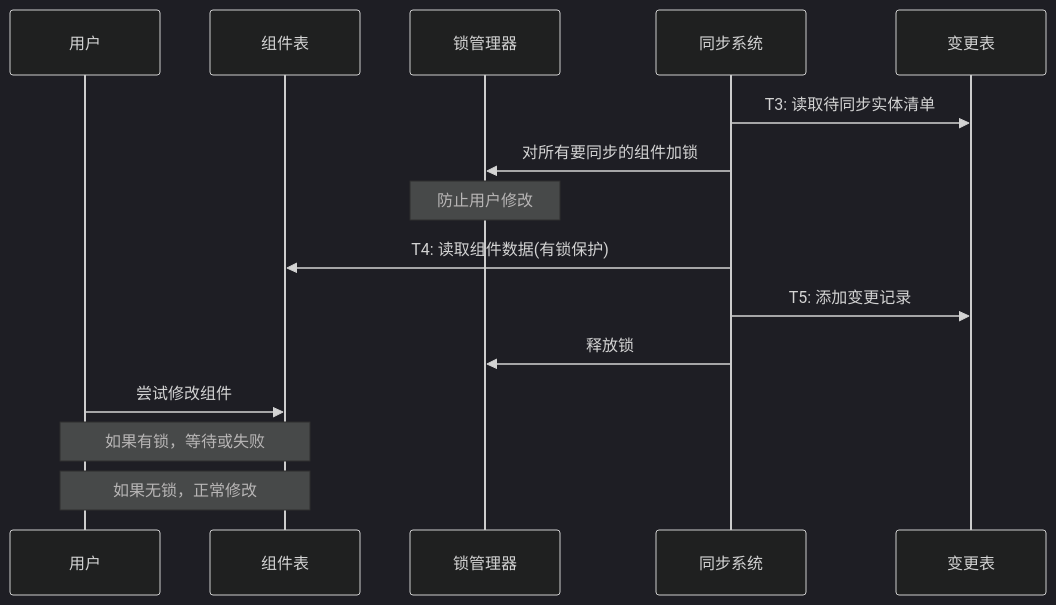
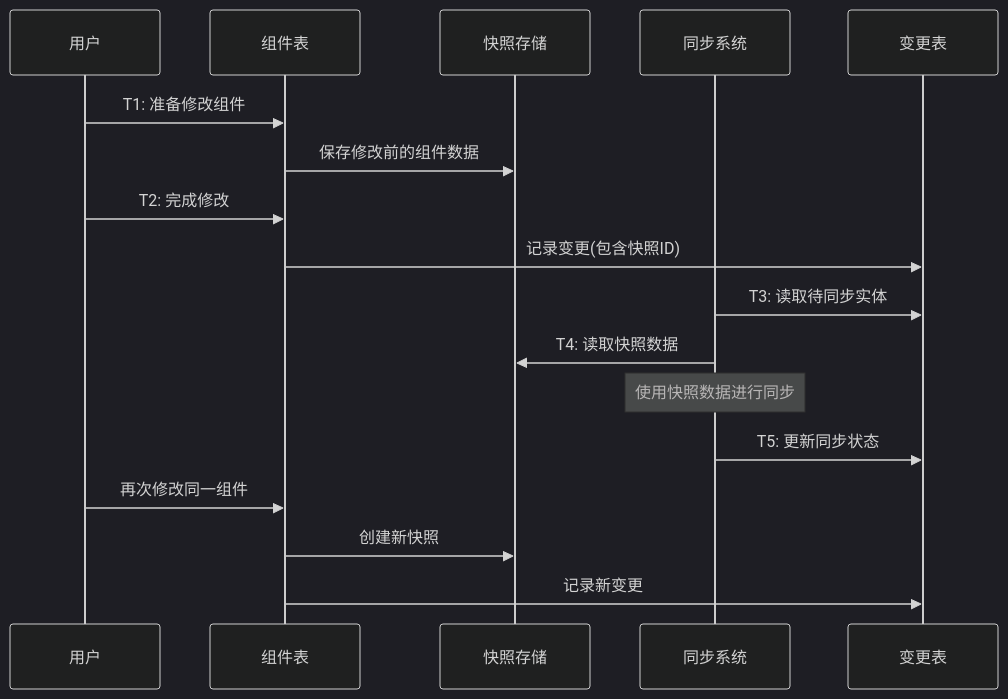
One commit to yingjianzh/iodraw-files changed the diagram in all/未命名-42.md. Above: the diagram before and after it, drawn with Mermaid (dark theme).

Commit message:
2025-04-24 14:04:23 update

````diff
--- a/all/未命名-42.md
+++ b/all/未命名-42.md
@@ -1,20 +1,22 @@
 ```mermaid
 sequenceDiagram
     participant 用户
     participant 组件表
-    participant 锁管理器
+    participant 快照存储
     participant 同步系统
     participant 变更表
     
-    同步系统->>变更表: T3: 读取待同步实体清单
-    同步系统->>锁管理器: 对所有要同步的组件加锁
-    Note over 锁管理器: 防止用户修改
+    用户->>组件表: T1: 准备修改组件
+    组件表->>快照存储: 保存修改前的组件数据
+    用户->>组件表: T2: 完成修改
+    组件表->>变更表: 记录变更(包含快照ID)
     
-    同步系统->>组件表: T4: 读取组件数据(有锁保护)
-    同步系统->>变更表: T5: 添加变更记录
-    同步系统->>锁管理器: 释放锁
+    同步系统->>变更表: T3: 读取待同步实体
+    同步系统->>快照存储: T4: 读取快照数据
+    Note over 同步系统: 使用快照数据进行同步
+    同步系统->>变更表: T5: 更新同步状态
     
-    用户->>组件表: 尝试修改组件
-    Note over 用户,组件表: 如果有锁，等待或失败
-    Note over 用户,组件表: 如果无锁，正常修改
+    用户->>组件表: 再次修改同一组件
+    组件表->>快照存储: 创建新快照
+    组件表->>变更表: 记录新变更
 ```
````
